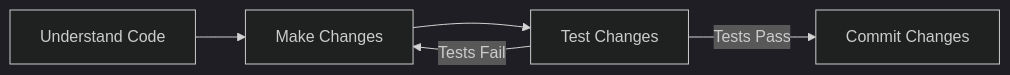
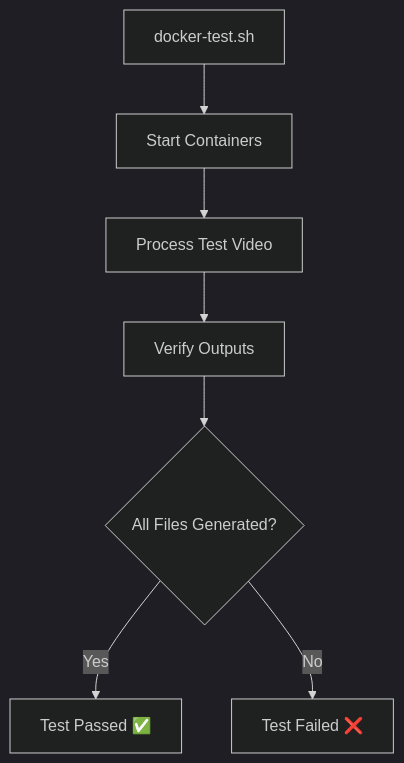
One commit to ParkerRex/echo changed the fifth of 6 diagrams in README.md. Above: the diagram before and after it, drawn with Mermaid (dark theme). The commit also changed other lines of this file and 73 other files, not shown here.

````diff
--- a/README.md
+++ b/README.md
@@ -145,7 +295,9 @@
 ```mermaid
-flowchart LR
-    A[Understand Code] --> B[Make Changes]
-    B --> C[Test Changes]
-    C -->|Tests Pass| D[Commit Changes]
-    C -->|Tests Fail| B
+flowchart TD
+    A[docker-test.sh] --> B[Start Containers]
+    B --> C[Process Test Video]
+    C --> D[Verify Outputs]
+    D --> E{All Files Generated?}
+    E -->|Yes| F[Test Passed ✅]
+    E -->|No| G[Test Failed ❌]
 ```
````
